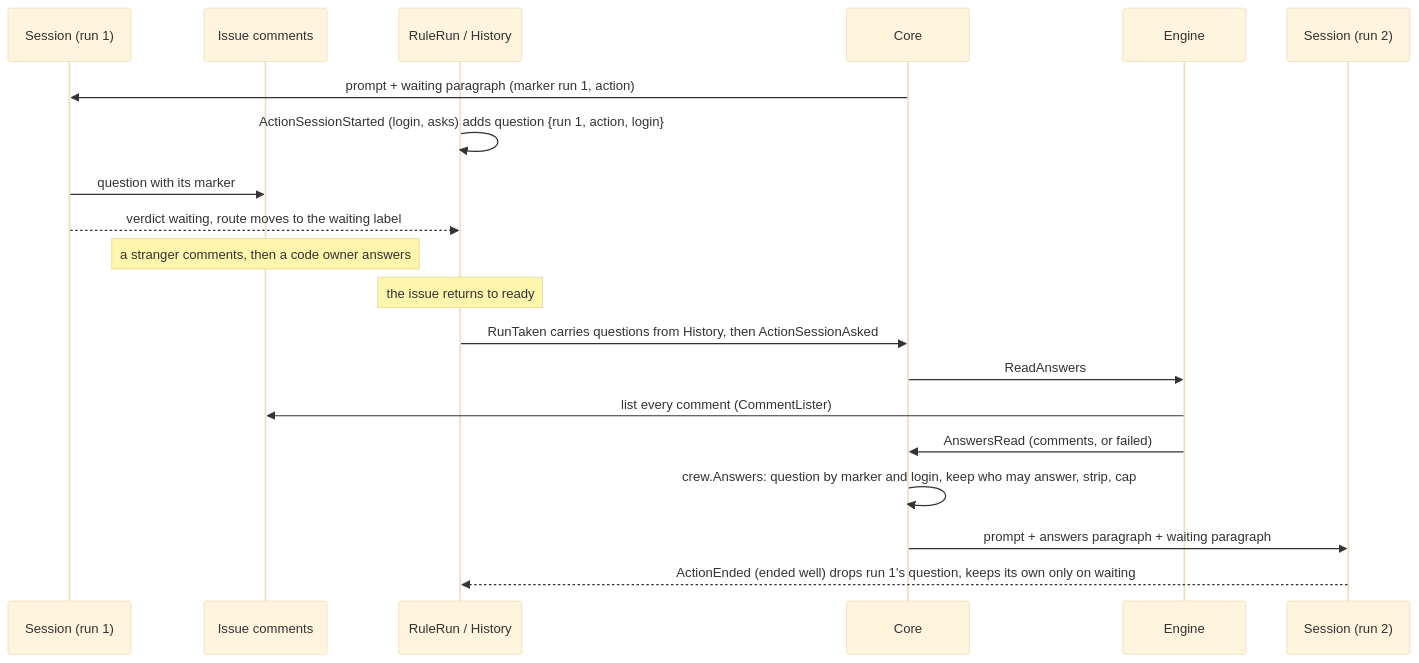
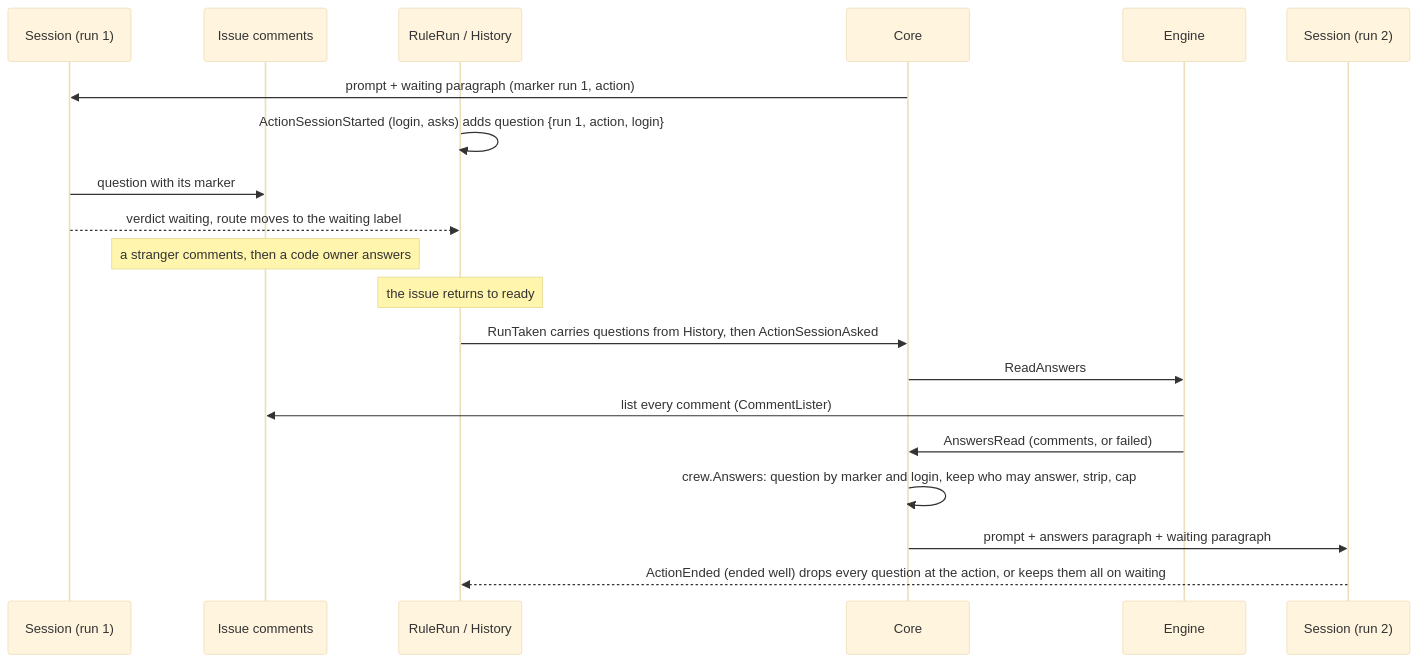
The first of 2 diagrams in docs/plans/2026-10-07-1724-feat-session-waits-for-answers-plan.md (thatsnotmynameio/crew), drawn with Mermaid (base theme) before and after one commit. The commit also changed other lines of this file and 11 other files, not shown here.

````diff
--- a/docs/plans/2026-10-07-1724-feat-session-waits-for-answers-plan.md
+++ b/docs/plans/2026-10-07-1724-feat-session-waits-for-answers-plan.md
@@ -131,22 +131,22 @@
 ```mermaid
 sequenceDiagram
   participant S1 as Session (run 1)
   participant GH as Issue comments
   participant Run as RuleRun / History
   participant Core
   participant Engine
   participant S2 as Session (run 2)
   Core->>S1: prompt + waiting paragraph (marker run 1, action)
   Run->>Run: ActionSessionStarted (login, asks) adds question {run 1, action, login}
   S1->>GH: question with its marker
   S1-->>Run: verdict waiting, route moves to the waiting label
   Note over GH: a stranger comments, then a code owner answers
   Note over Run: the issue returns to ready
   Run->>Core: RunTaken carries questions from History, then ActionSessionAsked
   Core->>Engine: ReadAnswers
   Engine->>GH: list every comment (CommentLister)
   Engine->>Core: AnswersRead (comments, or failed)
   Core->>Core: crew.Answers: question by marker and login, keep who may answer, strip, cap
   Core->>S2: prompt + answers paragraph + waiting paragraph
-  S2-->>Run: ActionEnded (ended well) drops run 1's question, keeps its own only on waiting
+  S2-->>Run: ActionEnded (ended well) drops every question at the action, or keeps them all on waiting
 ```
````
